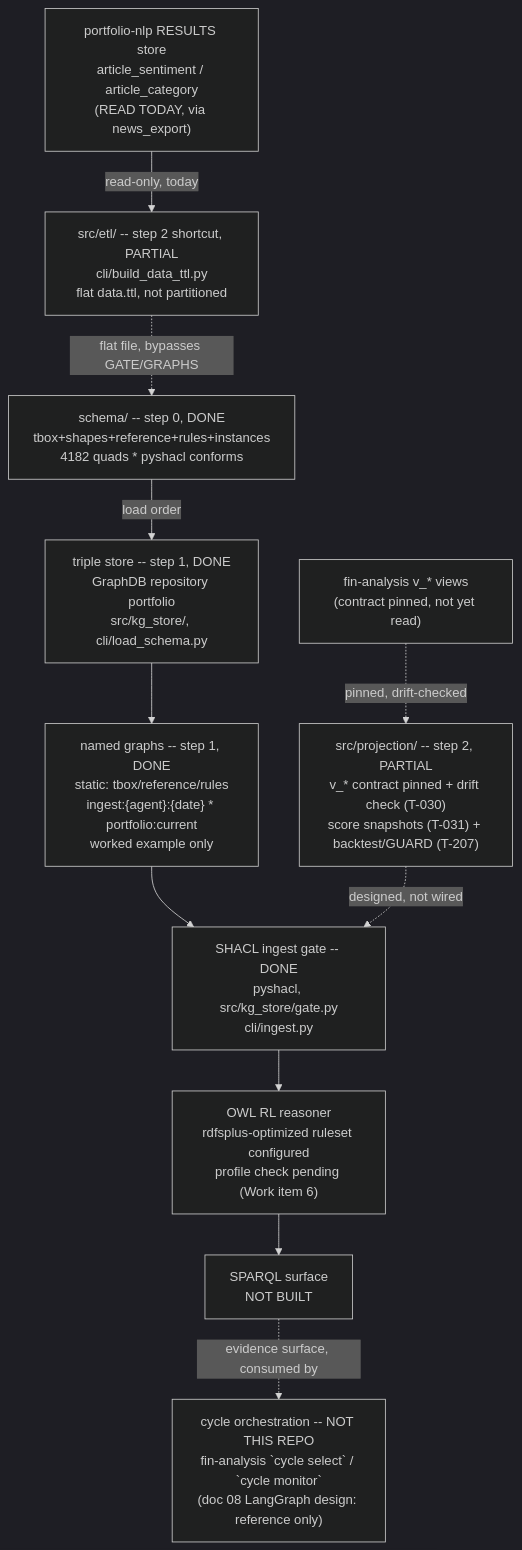
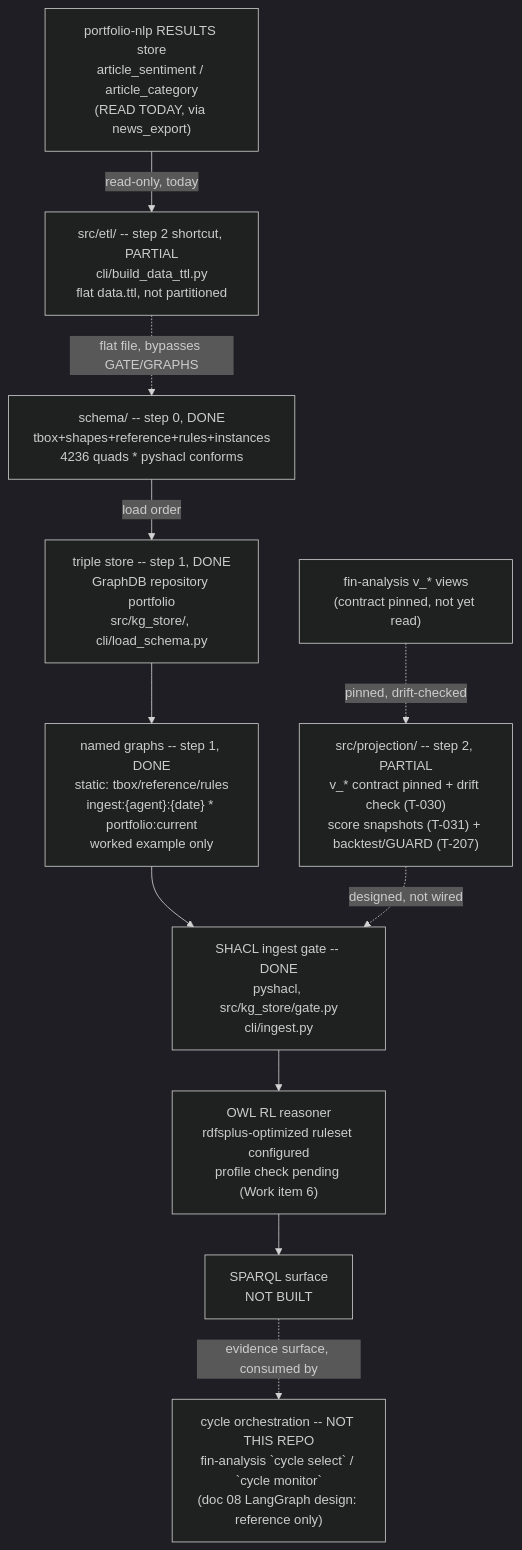
One commit to gamug/portfolio-knowledge-graph changed the diagram in .specify/memory/SPEC.md. Above: the diagram before and after it, drawn with Mermaid (dark theme). The commit also changed other lines of this file and 21 other files, not shown here.

````diff
--- a/.specify/memory/SPEC.md
+++ b/.specify/memory/SPEC.md
@@ -851,22 +875,22 @@
 ```mermaid
 flowchart TB
-    SCHEMA["schema/ -- step 0, DONE<br/>tbox+shapes+reference+rules+instances<br/>4182 quads * pyshacl conforms"]
+    SCHEMA["schema/ -- step 0, DONE<br/>tbox+shapes+reference+rules+instances<br/>4236 quads * pyshacl conforms"]
     STORE["triple store -- step 1, DONE<br/>GraphDB repository portfolio<br/>src/kg_store/, cli/load_schema.py"]
     GRAPHS["named graphs -- step 1, DONE<br/>static: tbox/reference/rules<br/>ingest:{agent}:{date} * portfolio:current<br/>worked example only"]
     GATE["SHACL ingest gate -- DONE<br/>pyshacl, src/kg_store/gate.py<br/>cli/ingest.py"]
     PROJ["src/projection/ -- step 2, PARTIAL<br/>v_* contract pinned + drift check (T-030)<br/>score snapshots (T-031) + backtest/GUARD (T-207)"]
     FIN["fin-analysis v_* views<br/>(contract pinned, not yet read)"]
     NLPRES["portfolio-nlp RESULTS store<br/>article_sentiment / article_category<br/>(READ TODAY, via news_export)"]
     ETL["src/etl/ -- step 2 shortcut, PARTIAL<br/>cli/build_data_ttl.py<br/>flat data.ttl, not partitioned"]
     REASON["OWL RL reasoner<br/>rdfsplus-optimized ruleset configured<br/>profile check pending (Work item 6)"]
     SPARQL["SPARQL surface<br/>NOT BUILT"]
     AGENTS["cycle orchestration -- NOT THIS REPO<br/>fin-analysis `cycle select` / `cycle monitor`<br/>(doc 08 LangGraph design: reference only)"]
 
     SCHEMA -->|load order| STORE --> GRAPHS --> GATE
     FIN -.->|pinned, drift-checked| PROJ
     PROJ -.->|designed, not wired| GATE
     NLPRES -->|read-only, today| ETL
     ETL -.->|flat file, bypasses GATE/GRAPHS| SCHEMA
     GATE --> REASON --> SPARQL
     SPARQL -.->|evidence surface, consumed by| AGENTS
 ```
````
